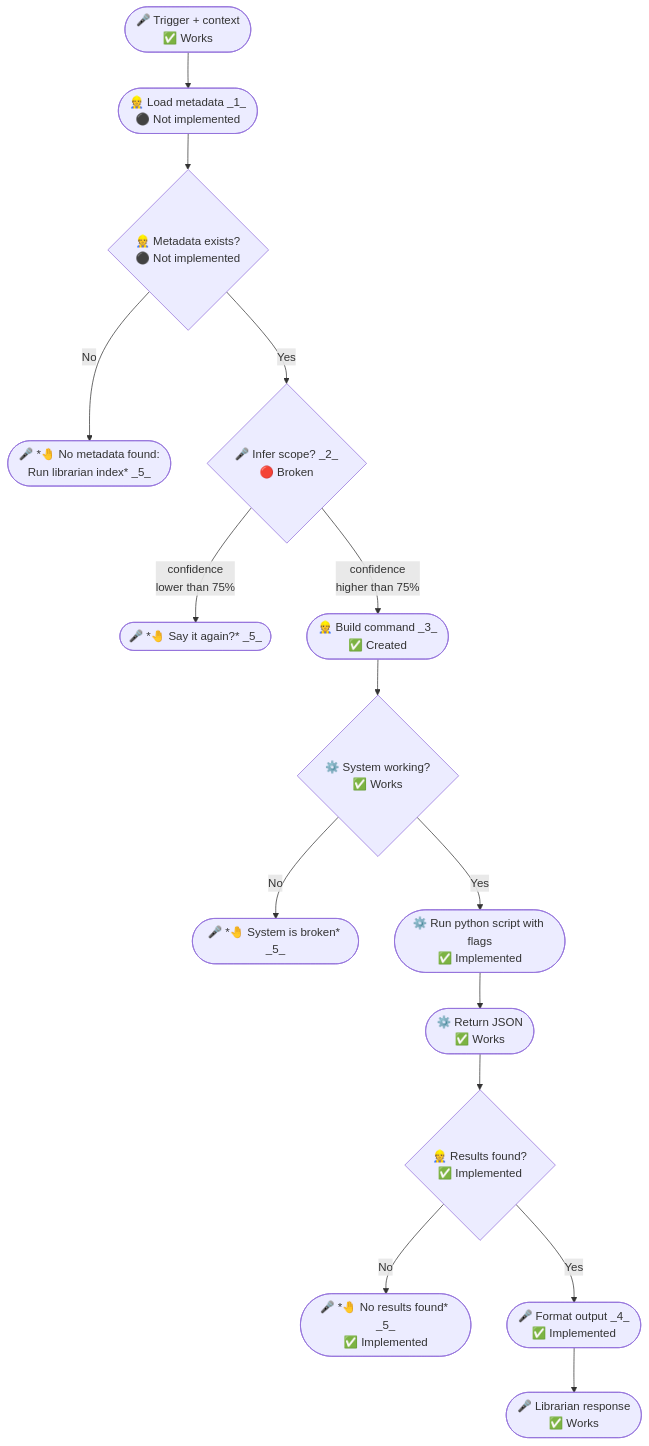
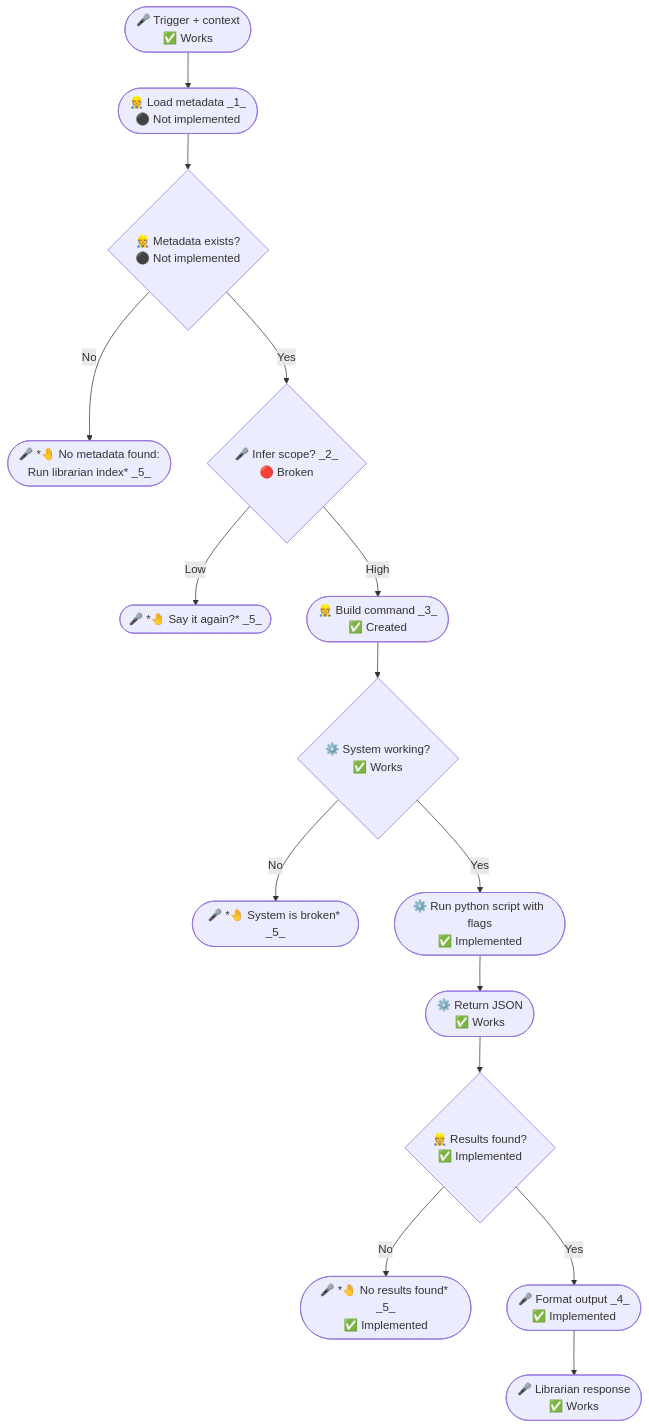
The first of 2 diagrams in backstage/epic-notes/v0.15.0-skill-protocol.md (nonlinear/librarian), drawn with Mermaid before and after one commit.

Commit message:
contract: Simplify arrow labels (Low/High instead of multiline)

````diff
--- a/backstage/epic-notes/v0.15.0-skill-protocol.md
+++ b/backstage/epic-notes/v0.15.0-skill-protocol.md
@@ -3,25 +3,25 @@
 ```mermaid
 flowchart TB
     TRIGGER(["🎤 Trigger + context<br/>✅ Works"])
     TRIGGER --> METADATA(["👷 Load metadata _1_<br/>⚫ Not implemented"])
     METADATA --> CHECK{"👷 Metadata exists?<br/>⚫ Not implemented"}
     
     CHECK -->|No| ERROR(["🎤 *🤚 No metadata found:<br>Run librarian index* _5_"])
     CHECK -->|Yes| INFER{"🎤 Infer scope? _2_<br/>🔴 Broken"}
     
-    INFER -->|confidence<br>lower than 75%| CLARIFY(["🎤 *🤚 Say it again?* _5_"])
-    INFER -->|confidence<br>higher than 75%| BUILD(["👷 Build command _3_<br/>✅ Created"])
+    INFER -->|Low| CLARIFY(["🎤 *🤚 Say it again?* _5_"])
+    INFER -->|High| BUILD(["👷 Build command _3_<br/>✅ Created"])
     
     BUILD --> CHECK_SYSTEM{"⚙️ System working?<br/>✅ Works"}
     
     CHECK_SYSTEM -->|No| BROKEN(["🎤 *🤚 System is broken* _5_"])
     CHECK_SYSTEM -->|Yes| EXEC(["⚙️ Run python script with flags<br/>✅ Implemented"])
     
     EXEC --> JSON(["⚙️ Return JSON<br/>✅ Works"])
     JSON --> CHECK_RESULTS{"👷 Results found?<br/>✅ Implemented"}
     
     CHECK_RESULTS -->|No| EMPTY(["🎤 *🤚 No results found* _5_<br/>✅ Implemented"])
     CHECK_RESULTS -->|Yes| FORMAT(["🎤 Format output _4_<br/>✅ Implemented"])
     
     FORMAT --> RESPONSE(["🎤 Librarian response<br/>✅ Works"])
 ```
````
